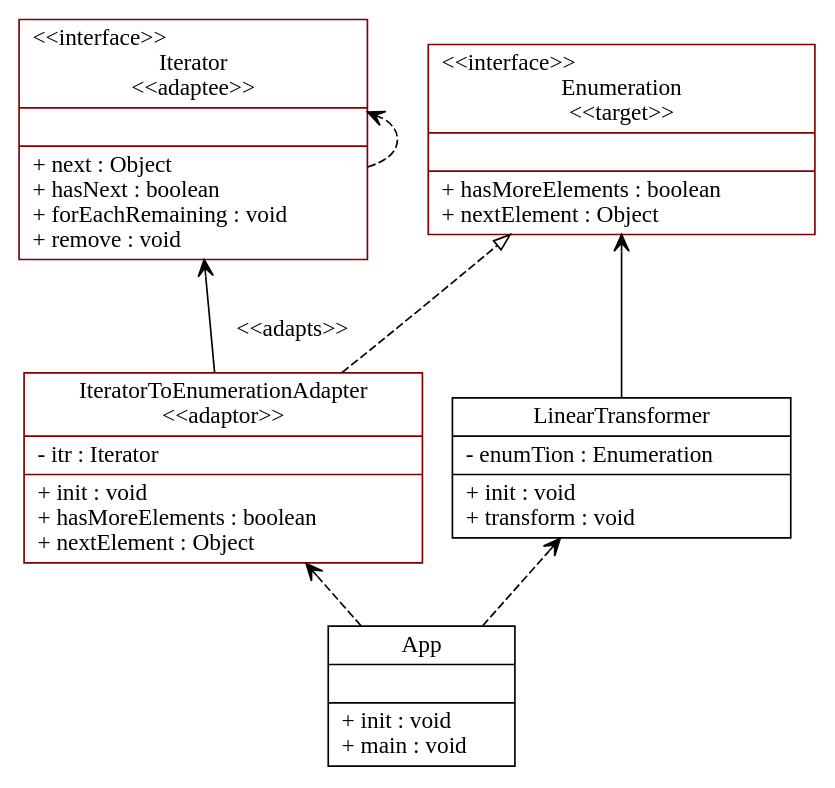
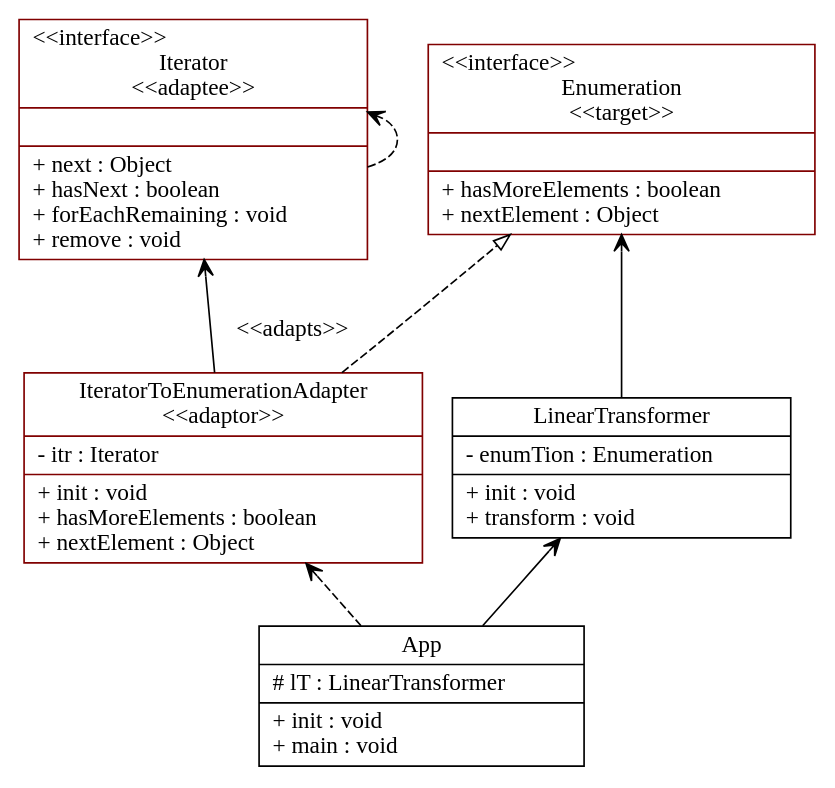
The diagram in graph_text/generated_graph.gv (cbudo/UMLCreator), drawn with Graphviz before and after one commit. The commit also changed 2 other files, not shown here.

```diff
--- a/graph_text/generated_graph.gv
+++ b/graph_text/generated_graph.gv
@@ -1,49 +1,50 @@
 digraph UML_Diagram
 {
 rankdir=BT;
 
 IteratorToEnumerationAdapter [
 shape = "record", color="maroon", fillcolor=white, style=filled,
 label = "{IteratorToEnumerationAdapter\n\<\<adaptor\>\>\n|
 - itr : Iterator\l
 |+ init : void\l
 + hasMoreElements : boolean\l
 + nextElement : Object\l
 }"];
 IteratorToEnumerationAdapter -> Enumeration [arrowhead="onormal", style="dashed"];
 
 App [
 shape = "record", color="black", fillcolor=white, style=filled,
 label = "{App\n|
+# lT : LinearTransformer\l
 |+ init : void\l
 + main : void\l
 }"];
 
 LinearTransformer [
 shape = "record", color="black", fillcolor=white, style=filled,
 label = "{LinearTransformer\n|
 - enumTion : Enumeration\l
 |+ init : void\l
 + transform : void\l
 }"];
 
 Iterator [
 shape = "record", color="maroon", fillcolor=white, style=filled,
 label = "{\<\<interface\>\>\lIterator\n\<\<adaptee\>\>\n||+ next : Object\l
 + hasNext : boolean\l
 + forEachRemaining : void\l
 + remove : void\l
 }"];
 
 Enumeration [
 shape = "record", color="maroon", fillcolor=white, style=filled,
 label = "{\<\<interface\>\>\lEnumeration\n\<\<target\>\>\n||+ hasMoreElements : boolean\l
 + nextElement : Object\l
 }"];
 App -> IteratorToEnumerationAdapter [label = "", arrowhead="vee", style="dashed"];
-App -> LinearTransformer [label = "", arrowhead="vee", style="dashed"];
 Iterator -> Iterator [label = "", arrowhead="vee", style="dashed"];
+App -> LinearTransformer [label = "",arrowhead="vee", style="solid"];
 LinearTransformer -> Enumeration [label = "",arrowhead="vee", style="solid"];
 IteratorToEnumerationAdapter -> Iterator [label = "\n\<\<adapts\>\>",arrowhead="vee", style="solid"];
 
 }
```
